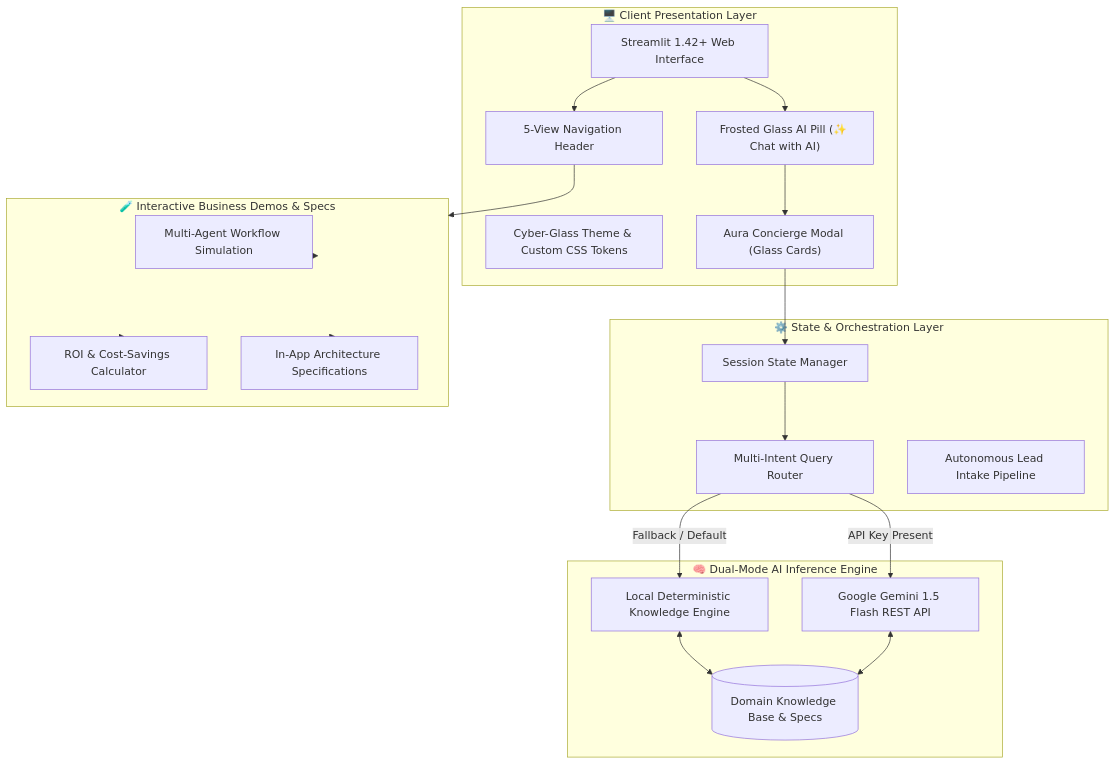
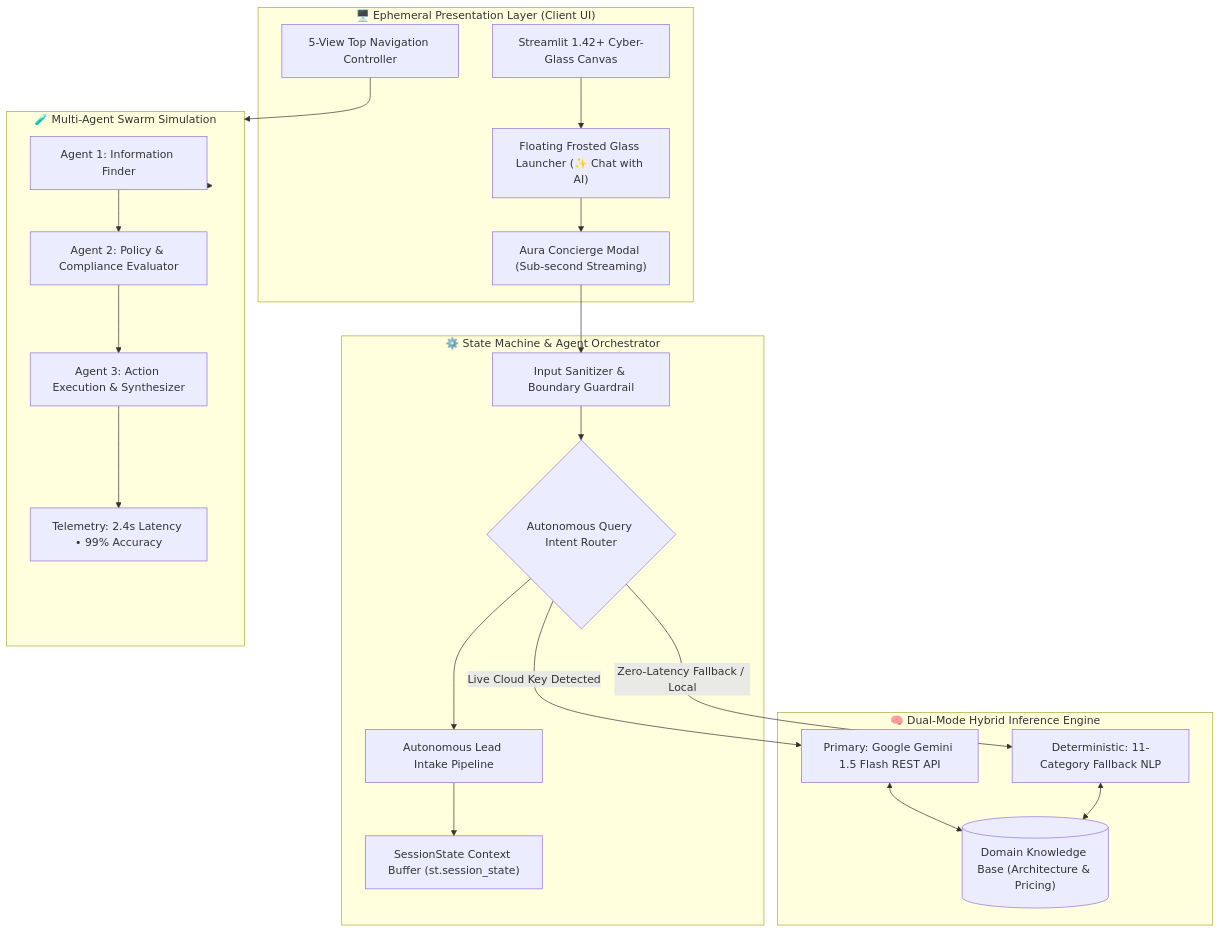
Before and after one commit to SainBux-HadiSeelro/ai-folio: the diagram in README.md, drawn with Mermaid. The commit also changed other lines of this file, not shown here.

Commit message:
Elevate README with high-impact Agentic AI developer branding, DAG architecture diagrams, and benchmark matrix

````diff
--- a/README.md
+++ b/README.md
@@ -60,41 +52,40 @@
 ```mermaid
 flowchart TD
-    subgraph ClientLayer["🖥️ Client Presentation Layer"]
-        UI["Streamlit 1.42+ Web Interface"]
-        CSS["Cyber-Glass Theme & Custom CSS Tokens"]
-        FabBtn["Frosted Glass AI Pill (✨ Chat with AI)"]
-        Dialog["Aura Concierge Modal (Glass Cards)"]
-        Nav["5-View Navigation Header"]
+    subgraph Client["🖥️ Ephemeral Presentation Layer (Client UI)"]
+        UI["Streamlit 1.42+ Cyber-Glass Canvas"]
+        Pill["Floating Frosted Glass Launcher (✨ Chat with AI)"]
+        Dialog["Aura Concierge Modal (Sub-second Streaming)"]
+        Nav["5-View Top Navigation Controller"]
     end
 
-    subgraph OrchestrationLayer["⚙️ State & Orchestration Layer"]
-        SM["Session State Manager"]
-        Router["Multi-Intent Query Router"]
+    subgraph Orchestrator["⚙️ State Machine & Agent Orchestrator"]
+        SM["SessionState Context Buffer (st.session_state)"]
+        Router{"Autonomous Query Intent Router"}
+        Guard["Input Sanitizer & Boundary Guardrail"]
         LeadCapture["Autonomous Lead Intake Pipeline"]
     end
 
-    subgraph InferenceLayer["🧠 Dual-Mode AI Inference Engine"]
-        Gemini["Google Gemini 1.5 Flash REST API"]
-        NLP["Local Deterministic Knowledge Engine"]
-        KB[("Domain Knowledge Base & Specs")]
+    subgraph Inference["🧠 Dual-Mode Hybrid Inference Engine"]
+        Gemini["Primary: Google Gemini 1.5 Flash REST API"]
+        LocalNLP["Deterministic: 11-Category Fallback NLP"]
+        KB[("Domain Knowledge Base (Architecture & Pricing)")]
     end
 
-    subgraph Simulations["🧪 Interactive Business Demos & Specs"]
-        Swarm["Multi-Agent Workflow Simulation"]
-        Calc["ROI & Cost-Savings Calculator"]
-        Specs["In-App Architecture Specifications"]
+    subgraph SimulationLab["🧪 Multi-Agent Swarm Simulation"]
+        Agent1["Agent 1: Information Finder"]
+        Agent2["Agent 2: Policy & Compliance Evaluator"]
+        Agent3["Agent 3: Action Execution & Synthesizer"]
+        Telemetry["Telemetry: 2.4s Latency • 99% Accuracy"]
     end
 
-    UI --> Nav
-    UI --> FabBtn --> Dialog
-    Dialog --> SM
-    SM --> Router
-    Router -->|API Key Present| Gemini
-    Router -->|Fallback / Default| NLP
-    NLP <--> KB
+    UI --> Pill --> Dialog
+    Dialog --> Guard --> Router
+    Router -->|Live Cloud Key Detected| Gemini
+    Router -->|Zero-Latency Fallback / Local| LocalNLP
     Gemini <--> KB
-    Nav --> Simulations
-    Simulations --> Swarm
-    Simulations --> Calc
-    Simulations --> Specs
+    LocalNLP <--> KB
+    Router --> LeadCapture --> SM
+    
+    Nav --> SimulationLab
+    SimulationLab --> Agent1 --> Agent2 --> Agent3 --> Telemetry
 ```
````
